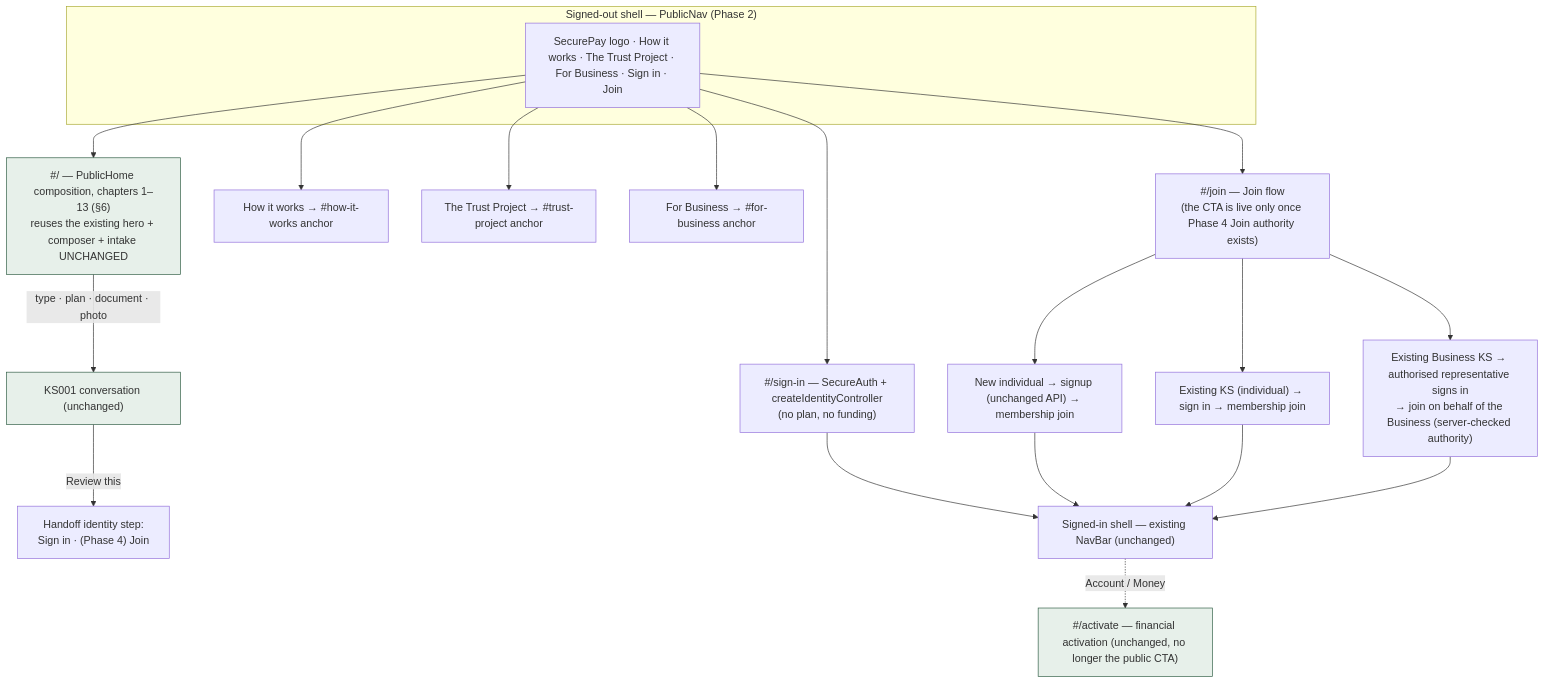
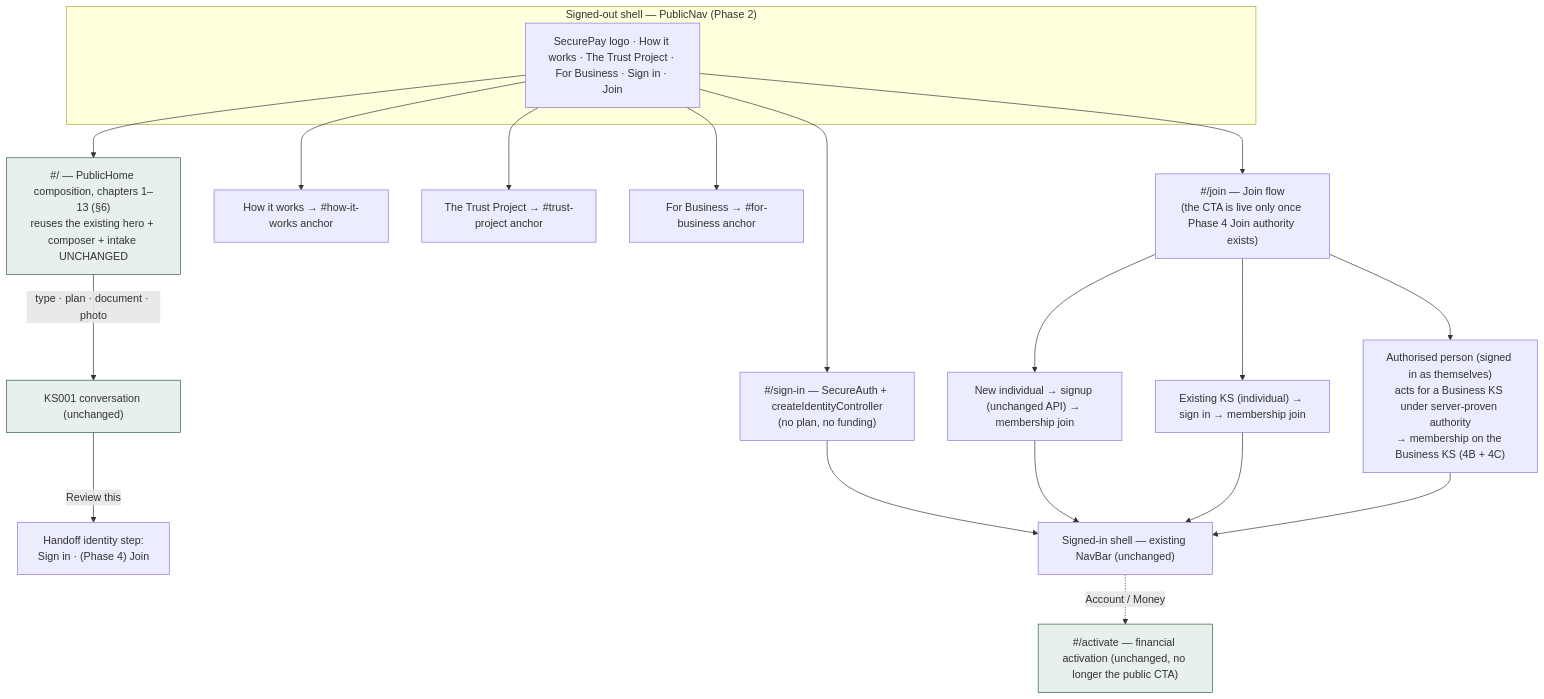
Before and after one commit to kimaniks001/SecurepayLLM: the second of 8 diagrams in docs/PUBLIC_EXPERIENCE_CONVERGENCE_PHASE1.md, drawn with Mermaid. The commit also changed other lines of this file, not shown here.

First line of the commit message:
docs(public-experience): Phase 1 final Business-authority / Organization identity correction

````diff
--- a/docs/PUBLIC_EXPERIENCE_CONVERGENCE_PHASE1.md
+++ b/docs/PUBLIC_EXPERIENCE_CONVERGENCE_PHASE1.md
@@ -123,24 +124,24 @@
 ```mermaid
 flowchart TB
     subgraph Public["Signed-out shell — PublicNav (Phase 2)"]
       PN["SecurePay logo · How it works · The Trust Project · For Business · Sign in · Join"]
     end
     PN --> H["#/ — PublicHome composition, chapters 1–13 (§6)<br/>reuses the existing hero + composer + intake UNCHANGED"]
     PN --> HIW["How it works → #how-it-works anchor"]
     PN --> TP["The Trust Project → #trust-project anchor"]
     PN --> FB["For Business → #for-business anchor"]
     PN --> SI["#/sign-in — SecureAuth + createIdentityController<br/>(no plan, no funding)"]
     PN --> J["#/join — Join flow<br/>(the CTA is live only once Phase 4 Join authority exists)"]
     H -->|type · plan · document · photo| C["KS001 conversation (unchanged)"]
     C -->|Review this| HO["Handoff identity step:<br/>Sign in · (Phase 4) Join"]
     J --> NEW["New individual → signup (unchanged API) → membership join"]
     J --> OLD["Existing KS (individual) → sign in → membership join"]
-    J --> BIZ["Existing Business KS → authorised representative signs in<br/>→ join on behalf of the Business (server-checked authority)"]
+    J --> BIZ["Authorised person (signed in as themselves)<br/>acts for a Business KS under server-proven authority<br/>→ membership on the Business KS (4B + 4C)"]
     SI --> APP["Signed-in shell — existing NavBar (unchanged)"]
     NEW --> APP
     OLD --> APP
     BIZ --> APP
     APP -.->|Account / Money| ACT["#/activate — financial activation (unchanged, no longer the public CTA)"]
     classDef keep fill:#e7f0ea,stroke:#2f5d44;
     class C,H,ACT keep;
 ```
````
